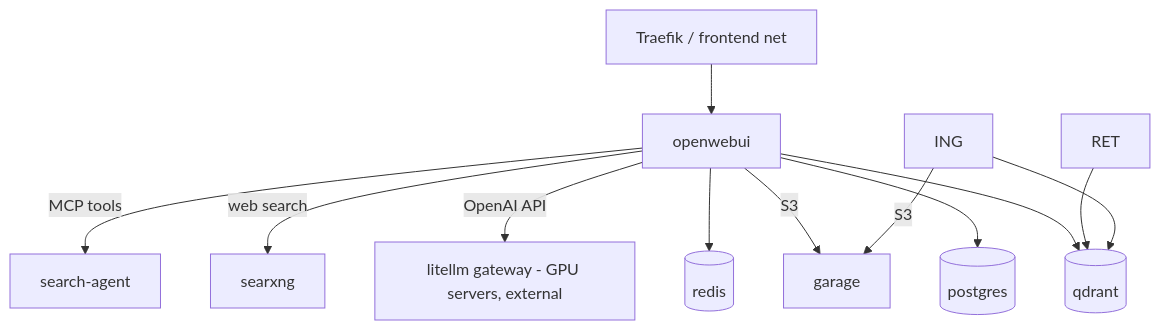
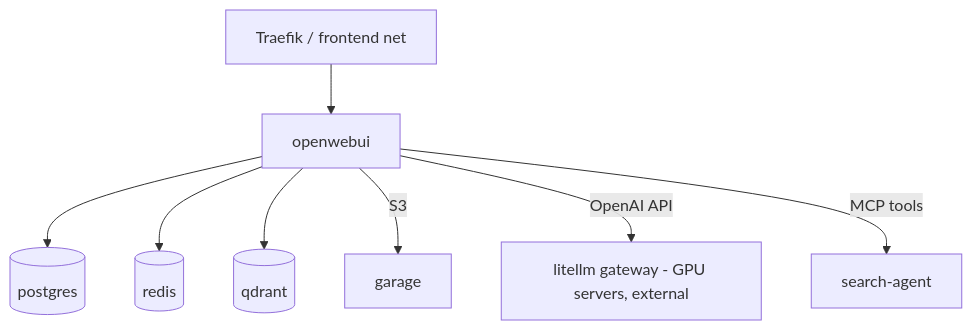
Before and after one commit to os2ai/builder: the diagram in README.md, drawn with Mermaid.

Commit message:
Updated diagram in readme

````diff
--- a/README.md
+++ b/README.md
@@ -43,14 +43,10 @@
 ```mermaid
 graph TD
     Traefik[Traefik / frontend net] --> OW[openwebui]
     OW --> PG[(postgres)]
     OW --> REDIS[(redis)]
     OW --> QD[(qdrant)]
     OW -->|S3| S3[garage]
     OW -->|OpenAI API| LLM[litellm gateway - GPU servers, external]
-    OW -->|web search| SX[searxng]
     OW -->|MCP tools| SA[search-agent]
-    RET --> QD
-    ING --> QD
-    ING -->|S3| S3
 ```
````
